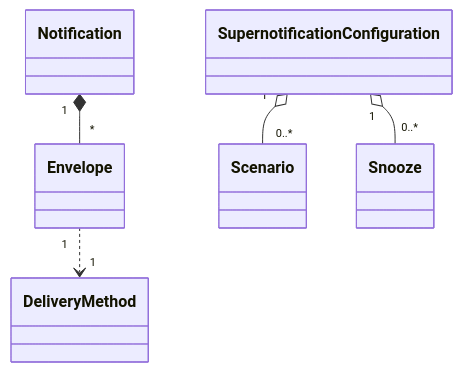
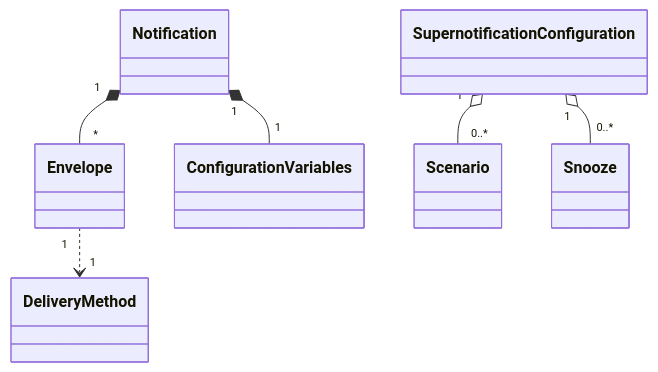
Before and after one commit to jeyrb/hass_supernotify: the diagram in docs/classes.md, drawn with Mermaid. The commit also changed other lines of this file and 14 other files, not shown here.

````diff
--- a/docs/classes.md
+++ b/docs/classes.md
@@ -3,7 +3,8 @@
 ``` mermaid
 classDiagram
   Notification "1" *-- "*" Envelope
+  Notification "1" *-- "1" ConfigurationVariables
   Envelope "1" ..> "1" DeliveryMethod
   SupernotificationConfiguration "1" o-- "0..*" Scenario
   SupernotificationConfiguration "1" o-- "0..*" Snooze
 ```
````
